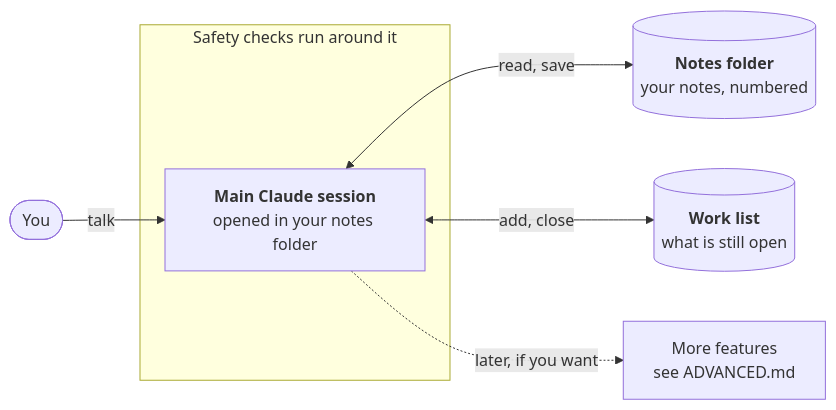
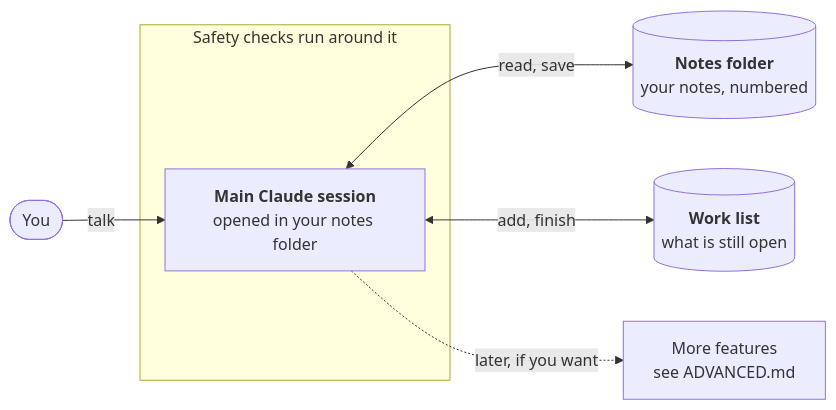
Before and after one commit to 0Smallcat0/second-brain-kit: the diagram in README.md, drawn with Mermaid. The commit also changed other lines of this file and 17 other files, not shown here.

````diff
--- a/README.md
+++ b/README.md
@@ -47,10 +50,10 @@
 ```mermaid
 flowchart LR
   You(["You"]) -->|talk| Main
   subgraph Checks["Safety checks run around it"]
     Main["<b>Main Claude session</b><br/>opened in your notes folder"]
   end
   Main <-->|read, save| Notes[("<b>Notes folder</b><br/>your notes, numbered")]
-  Main <-->|add, close| Work[("<b>Work list</b><br/>what is still open")]
+  Main <-->|add, finish| Work[("<b>Work list</b><br/>what is still open")]
   Main -.->|later, if you want| Adv["More features<br/>see ADVANCED.md"]
 ```
````
